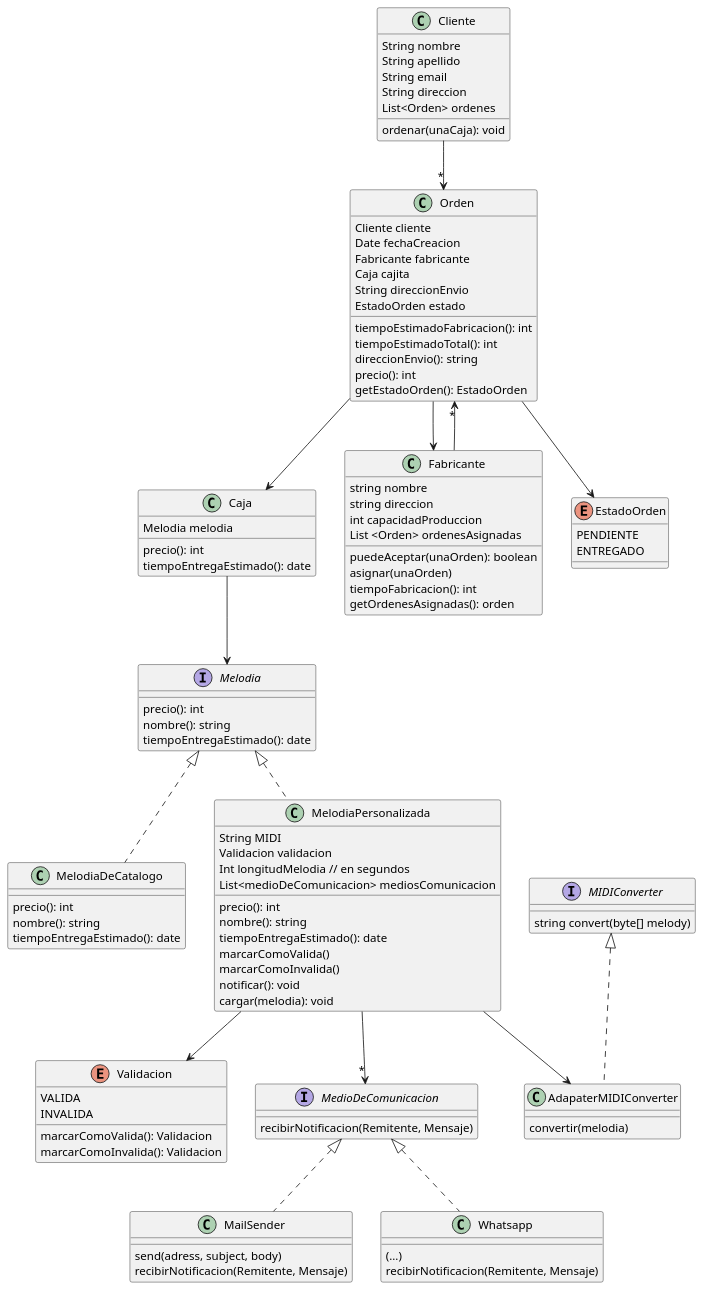
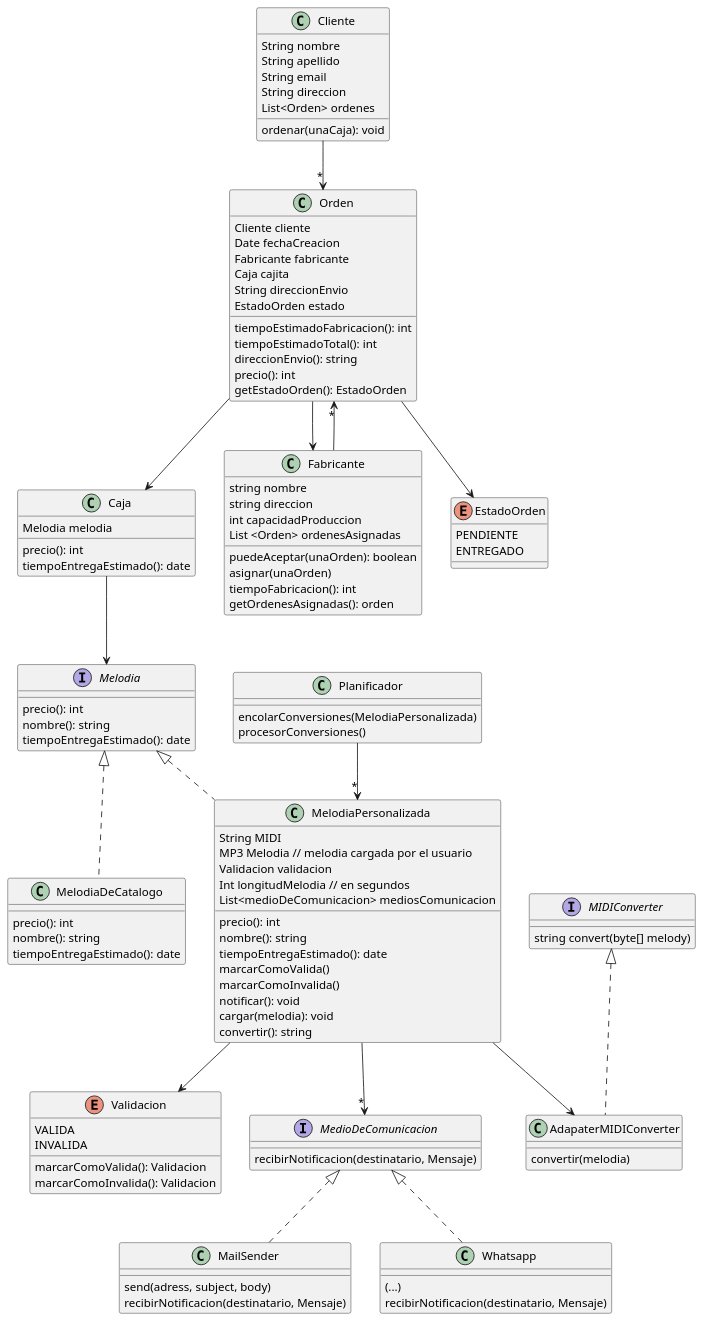
The diagram in src/main/java/Notesbox/Notesbox_diagrama.puml (NicolasOcchi/DDS-1ros-Parciales), drawn with PlantUML before and after one commit. The commit also changed 4 other files, not shown here.

```diff
--- a/src/main/java/Notesbox/Notesbox_diagrama.puml
+++ b/src/main/java/Notesbox/Notesbox_diagrama.puml
@@ -1,121 +1,130 @@
 @startuml
 'https://plantuml.com/class-diagram
 
 class Cliente{
     String nombre
     String apellido
     String email
     String direccion
     List<Orden> ordenes
     ordenar(unaCaja): void
 }
 
 Cliente -->"*" Orden
 
 class Orden{
     Cliente cliente
     Date fechaCreacion
     Fabricante fabricante
     Caja cajita
     String direccionEnvio
     EstadoOrden estado
     tiempoEstimadoFabricacion(): int
     tiempoEstimadoTotal(): int
     direccionEnvio(): string
     precio(): int
     getEstadoOrden(): EstadoOrden
 }
 Orden --> Caja
 Orden --> Fabricante
 Orden --> EstadoOrden
 
 enum EstadoOrden{
     PENDIENTE
     ENTREGADO
 }
 
 
 class Caja{
     Melodia melodia
     precio(): int
     tiempoEntregaEstimado(): date
 }
 
 Caja --> Melodia
 
 
 interface Melodia{
     precio(): int
     nombre(): string
     tiempoEntregaEstimado(): date
 }
 
 class MelodiaDeCatalogo implements Melodia{
     precio(): int
     nombre(): string
     tiempoEntregaEstimado(): date
 }
 
 class MelodiaPersonalizada implements Melodia{
     String MIDI
+    MP3 Melodia // melodia cargada por el usuario
     Validacion validacion
     Int longitudMelodia // en segundos
     List<medioDeComunicacion> mediosComunicacion
     precio(): int
     nombre(): string
     tiempoEntregaEstimado(): date
     marcarComoValida()
     marcarComoInvalida()
     notificar(): void
     cargar(melodia): void
+    convertir(): string
 }
 
 MelodiaPersonalizada --> Validacion
 
 'enum con compartamiento
 enum Validacion{
     VALIDA
     INVALIDA
     marcarComoValida(): Validacion
     marcarComoInvalida(): Validacion
 }
 
 interface MIDIConverter{
 string convert(byte[] melody)
 }
 
 class AdapaterMIDIConverter implements MIDIConverter{
     convertir(melodia)
 }
 
 MelodiaPersonalizada --> AdapaterMIDIConverter
 MelodiaPersonalizada -->"*" MedioDeComunicacion
 
+class Planificador{
+    encolarConversiones(MelodiaPersonalizada)
+    procesorConversiones()
+}
+
+Planificador -->"*" MelodiaPersonalizada
+
 interface MedioDeComunicacion{
-    recibirNotificacion(Remitente, Mensaje)
+    recibirNotificacion(destinatario, Mensaje)
 }
 
 class MailSender implements MedioDeComunicacion{
     send(adress, subject, body)
-    recibirNotificacion(Remitente, Mensaje)
+    recibirNotificacion(destinatario, Mensaje)
 }
 
 class Whatsapp implements MedioDeComunicacion{
     (...)
-    recibirNotificacion(Remitente, Mensaje)
+    recibirNotificacion(destinatario, Mensaje)
 }
 
 Fabricante -->"*" Orden
 
 class Fabricante{
     string nombre
     string direccion
     int capacidadProduccion
     List <Orden> ordenesAsignadas
     puedeAceptar(unaOrden): boolean
     asignar(unaOrden)
     tiempoFabricacion(): int
     getOrdenesAsignadas(): orden
 }
 
 @enduml
```
